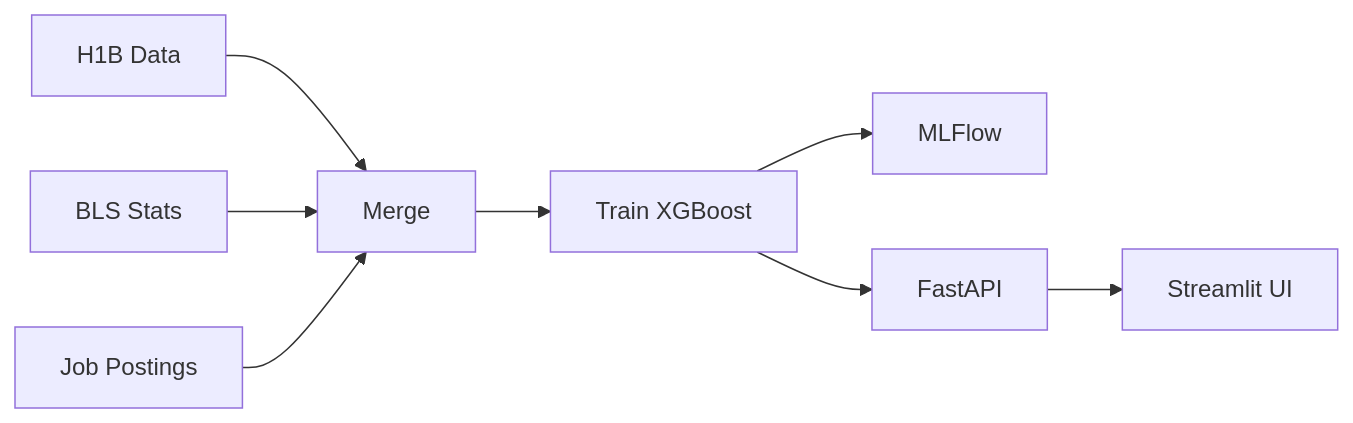
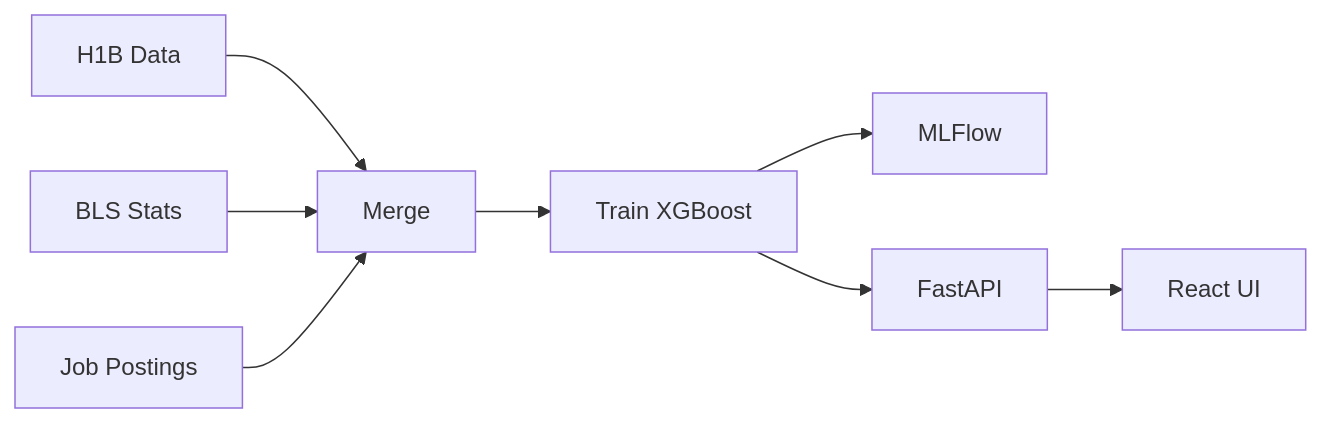
One commit to jonasneves/aipi510-project3 changed the diagram in README.md. Above: the diagram before and after it, drawn with Mermaid. The commit also changed other lines of this file and 19 other files, not shown here.

````diff
--- a/README.md
+++ b/README.md
@@ -13,10 +14,10 @@
 ```mermaid
 graph LR
     A[H1B Data] --> D[Merge]
     B[BLS Stats] --> D
     C[Job Postings] --> D
     D --> E[Train XGBoost]
     E --> F[MLFlow]
     E --> G[FastAPI]
-    G --> H[Streamlit UI]
+    G --> H[React UI]
 ```
````
